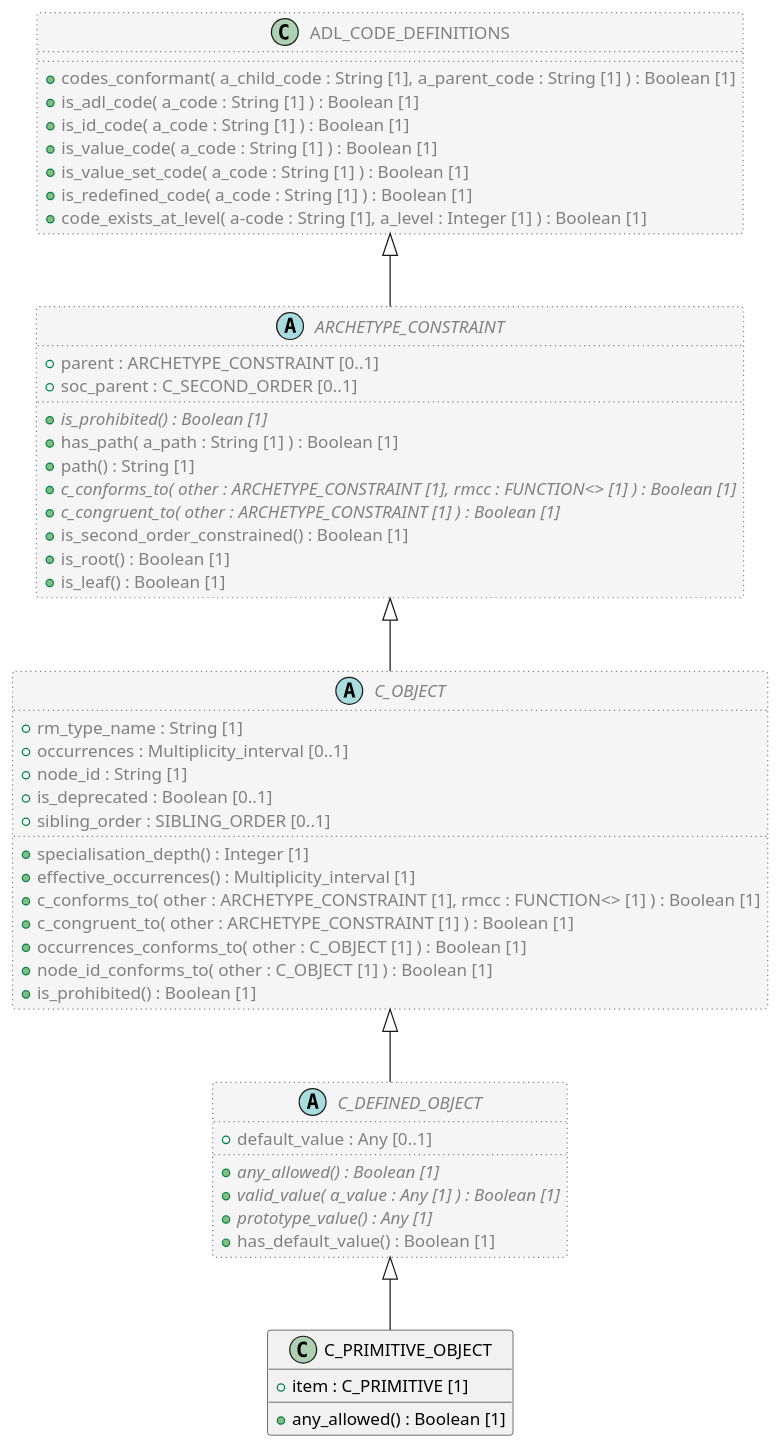
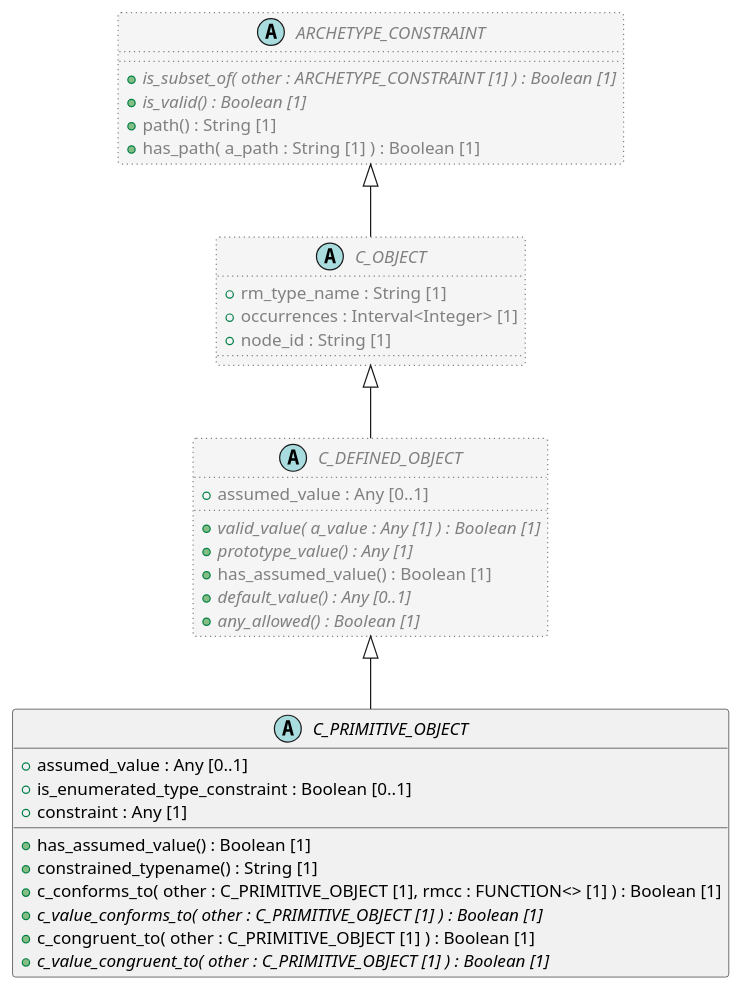
One commit to sebastian-iancu/code-generator changed the diagram in code/Adoc/openehr_am_2.3.0/plantUML/classes/org.openehr.am.aom2.c_primitive_object.adoc. Above: the diagram before and after it, drawn with PlantUML. The commit also changed 1228 other files, not shown here.

```diff
--- a/code/Adoc/openehr_am_2.3.0/plantUML/classes/org.openehr.am.aom2.c_primitive_object.adoc
+++ b/code/Adoc/openehr_am_2.3.0/plantUML/classes/org.openehr.am.aom2.c_primitive_object.adoc
@@ -1,66 +1,47 @@
 [plantuml,C_PRIMITIVE_OBJECT,format=svg,svg-type="inline"]
 -----
 @startuml
 
-class C_PRIMITIVE_OBJECT {
-  + item : C_PRIMITIVE [1]
-  + any_allowed() : Boolean [1]
+abstract class C_PRIMITIVE_OBJECT {
+  + assumed_value : Any [0..1]
+  + is_enumerated_type_constraint : Boolean [0..1]
+  + constraint : Any [1]
+  + has_assumed_value() : Boolean [1]
+  + constrained_typename() : String [1]
+  + c_conforms_to( other : C_PRIMITIVE_OBJECT [1], rmcc : FUNCTION<> [1] ) : Boolean [1]
+  + {abstract} c_value_conforms_to( other : C_PRIMITIVE_OBJECT [1] ) : Boolean [1]
+  + c_congruent_to( other : C_PRIMITIVE_OBJECT [1] ) : Boolean [1]
+  + {abstract} c_value_congruent_to( other : C_PRIMITIVE_OBJECT [1] ) : Boolean [1]
 }
 
 abstract class C_DEFINED_OBJECT  #whitesmoke;line:gray;line.dotted;text:gray {
-  + default_value : Any [0..1]
-  + {abstract} any_allowed() : Boolean [1]
+  + assumed_value : Any [0..1]
   + {abstract} valid_value( a_value : Any [1] ) : Boolean [1]
   + {abstract} prototype_value() : Any [1]
-  + has_default_value() : Boolean [1]
+  + has_assumed_value() : Boolean [1]
+  + {abstract} default_value() : Any [0..1]
+  + {abstract} any_allowed() : Boolean [1]
 }
 
 abstract class C_OBJECT  #whitesmoke;line:gray;line.dotted;text:gray {
   + rm_type_name : String [1]
-  + occurrences : Multiplicity_interval [0..1]
+  + occurrences : Interval<Integer> [1]
   + node_id : String [1]
-  + is_deprecated : Boolean [0..1]
-  + sibling_order : SIBLING_ORDER [0..1]
-  + specialisation_depth() : Integer [1]
-  + effective_occurrences() : Multiplicity_interval [1]
-  + c_conforms_to( other : ARCHETYPE_CONSTRAINT [1], rmcc : FUNCTION<> [1] ) : Boolean [1]
-  + c_congruent_to( other : ARCHETYPE_CONSTRAINT [1] ) : Boolean [1]
-  + occurrences_conforms_to( other : C_OBJECT [1] ) : Boolean [1]
-  + node_id_conforms_to( other : C_OBJECT [1] ) : Boolean [1]
-  + is_prohibited() : Boolean [1]
 }
 
 abstract class ARCHETYPE_CONSTRAINT  #whitesmoke;line:gray;line.dotted;text:gray {
-  + parent : ARCHETYPE_CONSTRAINT [0..1]
-  + soc_parent : C_SECOND_ORDER [0..1]
-  + {abstract} is_prohibited() : Boolean [1]
+  + {abstract} is_subset_of( other : ARCHETYPE_CONSTRAINT [1] ) : Boolean [1]
+  + {abstract} is_valid() : Boolean [1]
+  + path() : String [1]
   + has_path( a_path : String [1] ) : Boolean [1]
-  + path() : String [1]
-  + {abstract} c_conforms_to( other : ARCHETYPE_CONSTRAINT [1], rmcc : FUNCTION<> [1] ) : Boolean [1]
-  + {abstract} c_congruent_to( other : ARCHETYPE_CONSTRAINT [1] ) : Boolean [1]
-  + is_second_order_constrained() : Boolean [1]
-  + is_root() : Boolean [1]
-  + is_leaf() : Boolean [1]
 }
-
-class ADL_CODE_DEFINITIONS  #whitesmoke;line:gray;line.dotted;text:gray {
-  + codes_conformant( a_child_code : String [1], a_parent_code : String [1] ) : Boolean [1]
-  + is_adl_code( a_code : String [1] ) : Boolean [1]
-  + is_id_code( a_code : String [1] ) : Boolean [1]
-  + is_value_code( a_code : String [1] ) : Boolean [1]
-  + is_value_set_code( a_code : String [1] ) : Boolean [1]
-  + is_redefined_code( a_code : String [1] ) : Boolean [1]
-  + code_exists_at_level( a-code : String [1], a_level : Integer [1] ) : Boolean [1]
-}
-
-ADL_CODE_DEFINITIONS <|-- ARCHETYPE_CONSTRAINT
 
 ARCHETYPE_CONSTRAINT <|-- C_OBJECT
 
 C_OBJECT <|-- C_DEFINED_OBJECT
 
 C_DEFINED_OBJECT <|-- C_PRIMITIVE_OBJECT
 
 
 @enduml
 -----
```
